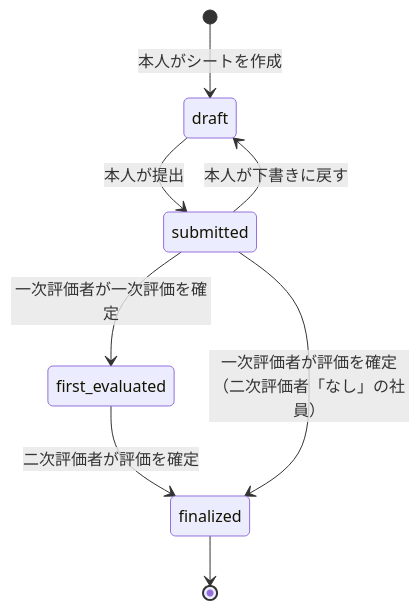
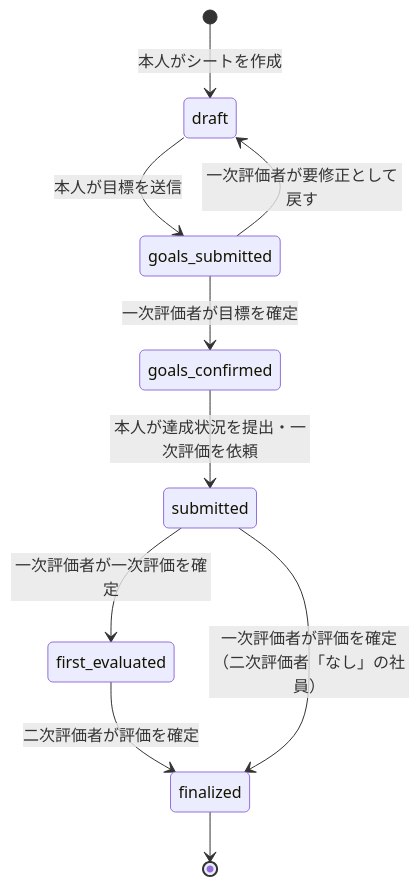
Before and after one commit to tsuchiyoshi-industry/typa: the second of 5 diagrams in docs/basic-design.md, drawn with Mermaid. The commit also changed other lines of this file and 146 other files, not shown here.

````diff
--- a/docs/basic-design.md
+++ b/docs/basic-design.md
@@ -109,10 +109,12 @@
 ```mermaid
 stateDiagram-v2
   [*] --> draft: 本人がシートを作成
-  draft --> submitted: 本人が提出
-  submitted --> draft: 本人が下書きに戻す
+  draft --> goals_submitted: 本人が目標を送信
+  goals_submitted --> draft: 一次評価者が要修正として戻す
+  goals_submitted --> goals_confirmed: 一次評価者が目標を確定
+  goals_confirmed --> submitted: 本人が達成状況を提出・一次評価を依頼
   submitted --> first_evaluated: 一次評価者が一次評価を確定
   first_evaluated --> finalized: 二次評価者が評価を確定
   submitted --> finalized: 一次評価者が評価を確定（二次評価者「なし」の社員）
   finalized --> [*]
 ```
````
